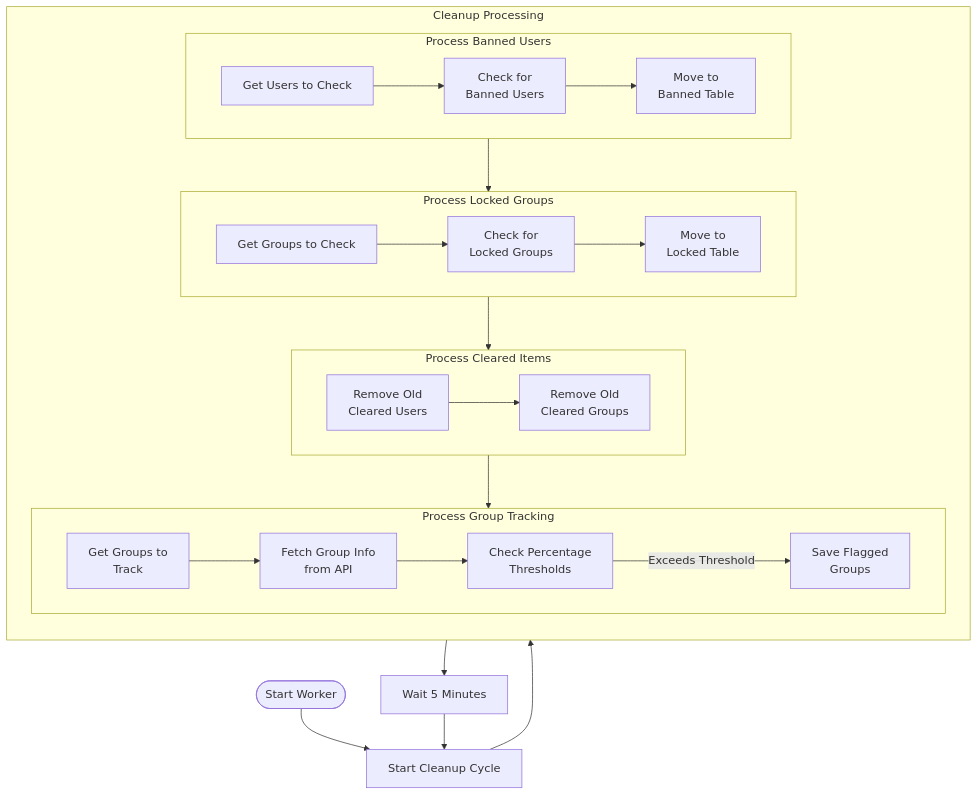
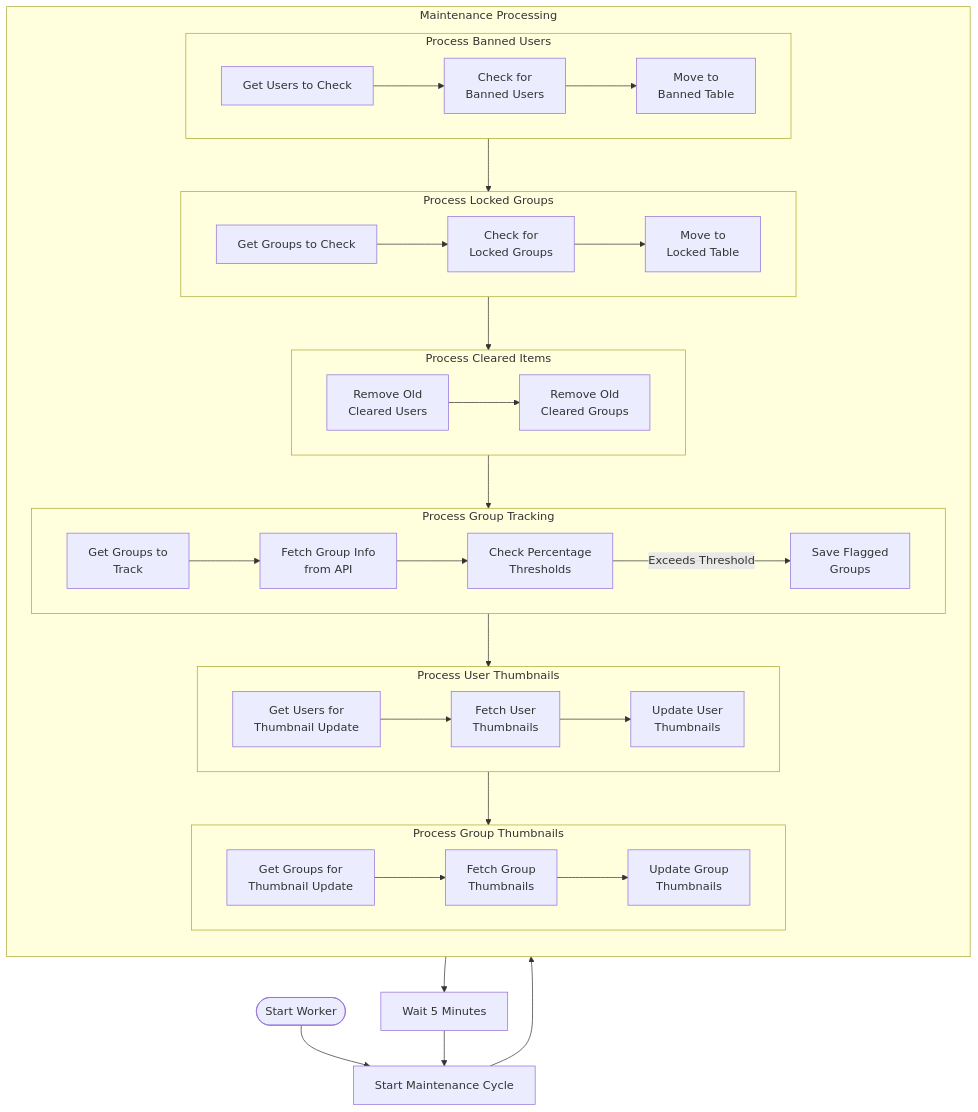
Before and after one commit to robalyx/rotector: the third of 6 diagrams in README.md, drawn with Mermaid. The commit also changed other lines of this file, not shown here.

````diff
--- a/README.md
+++ b/README.md
@@ -245,39 +257,53 @@
 ```mermaid
 flowchart TB
-    Start([Start Worker]) --> Loop[Start Cleanup Cycle]
+    Start([Start Worker]) --> Loop[Start Maintenance Cycle]
     
-    subgraph Processing [Cleanup Processing]
+    subgraph Processing [Maintenance Processing]
         direction TB
         subgraph BannedUsers [Process Banned Users]
             direction LR
             GetUsers[Get Users to Check] --> CheckBanned[Check for<br>Banned Users]
             CheckBanned --> RemoveBanned[Move to<br>Banned Table]
         end
         
         subgraph LockedGroups [Process Locked Groups]
             direction LR
             GetGroups[Get Groups to Check] --> CheckLocked[Check for<br>Locked Groups]
             CheckLocked --> RemoveLocked[Move to<br>Locked Table]
         end
         
         subgraph ClearedItems [Process Cleared Items]
             direction LR
             PurgeUsers[Remove Old<br>Cleared Users] --> PurgeGroups[Remove Old<br>Cleared Groups]
         end
         
         subgraph Tracking [Process Group Tracking]
             direction LR
             GetTracking[Get Groups to<br>Track] --> FetchInfo[Fetch Group Info<br>from API]
             FetchInfo --> CheckThresholds[Check Percentage<br>Thresholds]
             CheckThresholds --> |Exceeds Threshold| SaveGroups[Save Flagged<br>Groups]
         end
+
+        subgraph UserThumbnails [Process User Thumbnails]
+            direction LR
+            GetUserBatch[Get Users for<br>Thumbnail Update] --> FetchUserThumbs[Fetch User<br>Thumbnails]
+            FetchUserThumbs --> UpdateUserThumbs[Update User<br>Thumbnails]
+        end
+
+        subgraph GroupThumbnails [Process Group Thumbnails]
+            direction LR
+            GetGroupBatch[Get Groups for<br>Thumbnail Update] --> FetchGroupThumbs[Fetch Group<br>Thumbnails]
+            FetchGroupThumbs --> UpdateGroupThumbs[Update Group<br>Thumbnails]
+        end
         
         BannedUsers --> LockedGroups
         LockedGroups --> ClearedItems
         ClearedItems --> Tracking
+        Tracking --> UserThumbnails
+        UserThumbnails --> GroupThumbnails
     end
     
     Loop --> Processing
     Processing --> Wait[Wait 5 Minutes]
     Wait --> Loop
 ```
````
